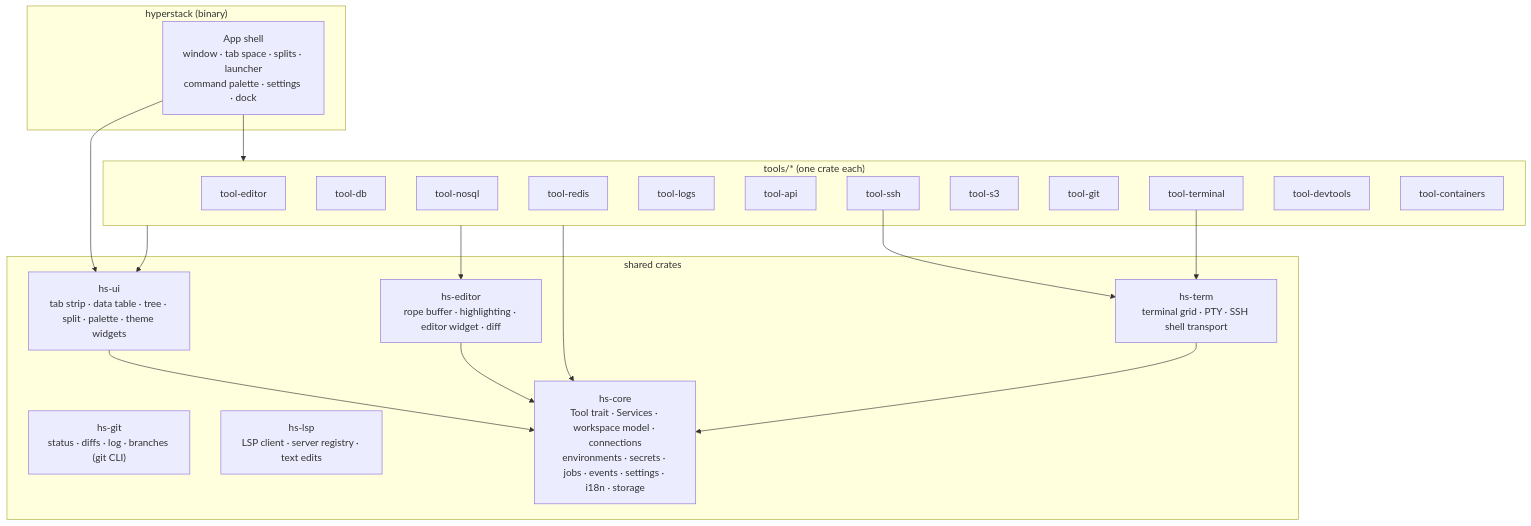
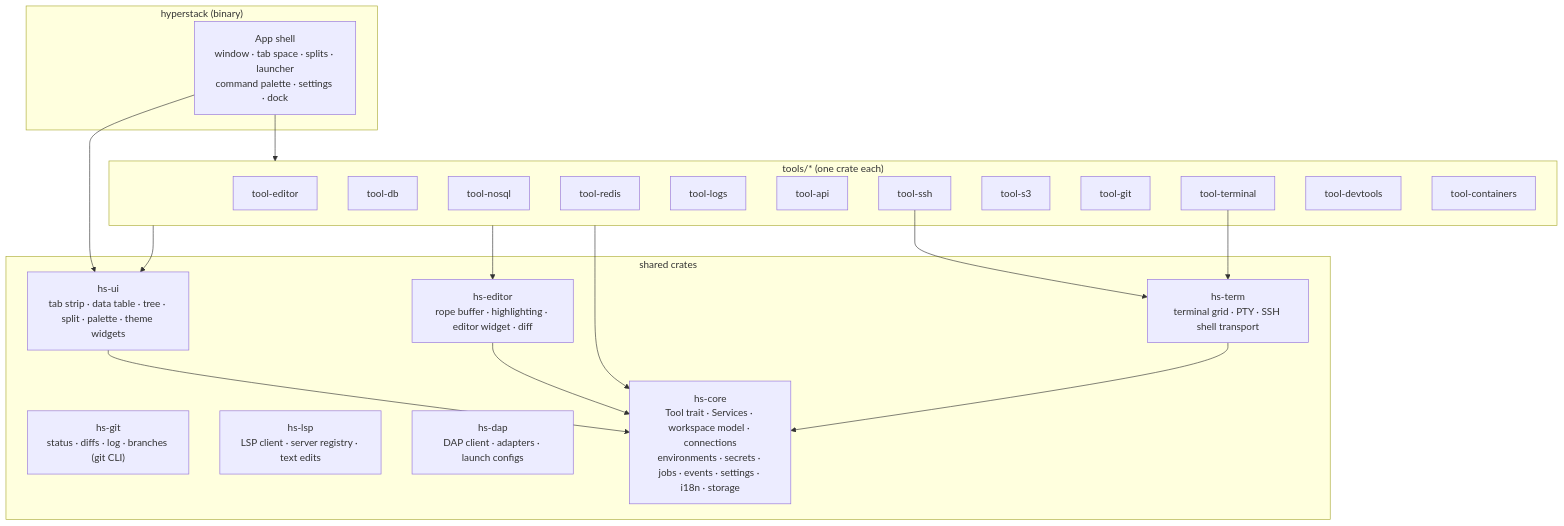
One commit to mzaki-raup/hyper-stack changed the first of 2 diagrams in docs/03-architecture.md. Above: the diagram before and after it, drawn with Mermaid. The commit also changed other lines of this file and 26 other files, not shown here.

````diff
--- a/docs/03-architecture.md
+++ b/docs/03-architecture.md
@@ -15,28 +15,29 @@
 ```mermaid
 flowchart TB
     subgraph bin["hyperstack (binary)"]
         Shell["App shell<br/>window · tab space · splits · launcher<br/>command palette · settings · dock"]
     end
     subgraph tools["tools/* (one crate each)"]
         Ed[tool-editor] ; Db[tool-db] ; Nq[tool-nosql] ; Rd[tool-redis] ; Lg[tool-logs] ; Api[tool-api] ; Ssh[tool-ssh]
         S3[tool-s3] ; Git[tool-git] ; Term[tool-terminal] ; Dev[tool-devtools] ; Ctr[tool-containers]
     end
     subgraph shared["shared crates"]
         UI["hs-ui<br/>tab strip · data table · tree · split · palette · theme widgets"]
         Editor["hs-editor<br/>rope buffer · highlighting · editor widget · diff"]
         GitCore["hs-git<br/>status · diffs · log · branches (git CLI)"]
         Lsp["hs-lsp<br/>LSP client · server registry · text edits"]
+        Dap["hs-dap<br/>DAP client · adapters · launch configs"]
         TermCore["hs-term<br/>terminal grid · PTY · SSH shell transport"]
         Core["hs-core<br/>Tool trait · Services · workspace model · connections<br/>environments · secrets · jobs · events · settings · i18n · storage"]
     end
     Shell --> tools
     Shell --> UI
     tools --> UI
     tools --> Editor
     Ssh --> TermCore
     Term --> TermCore
     tools --> Core
     UI --> Core
     Editor --> Core
     TermCore --> Core
 ```
````
